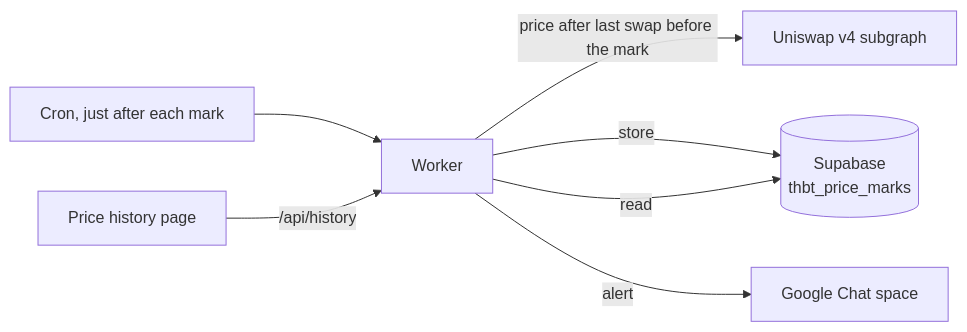
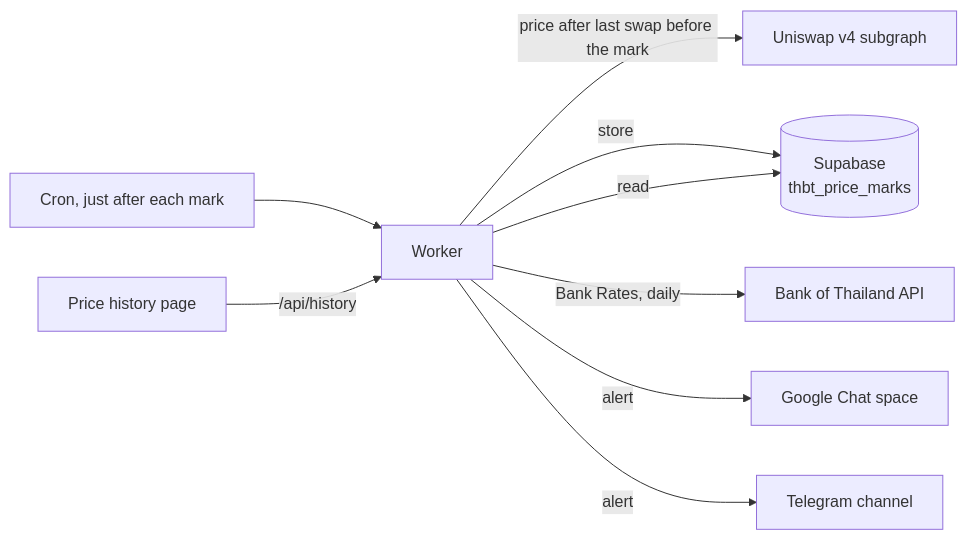
One commit to jamesliew-abc/uniswap-lp-price changed the second of 2 diagrams in shared-dashboard/README.md. Above: the diagram before and after it, drawn with Mermaid. The commit also changed other lines of this file and 11 other files, not shown here.

First line of the commit message:
Shared dashboard: Deviation history tab, Telegram alerts, "Bank Rate" naming

````diff
--- a/shared-dashboard/README.md
+++ b/shared-dashboard/README.md
@@ -124,9 +131,11 @@
 ```mermaid
 flowchart LR
     C[Cron, just after each mark] --> W[Worker]
     W -->|price after last swap before the mark| G[Uniswap v4 subgraph]
     W -->|store| S[(Supabase<br/>thbt_price_marks)]
+    W -->|Bank Rates, daily| B[Bank of Thailand API]
     W -->|alert| GC[Google Chat space]
+    W -->|alert| TG[Telegram channel]
     P[Price history page] -->|/api/history| W
     W -->|read| S
 ```
````
